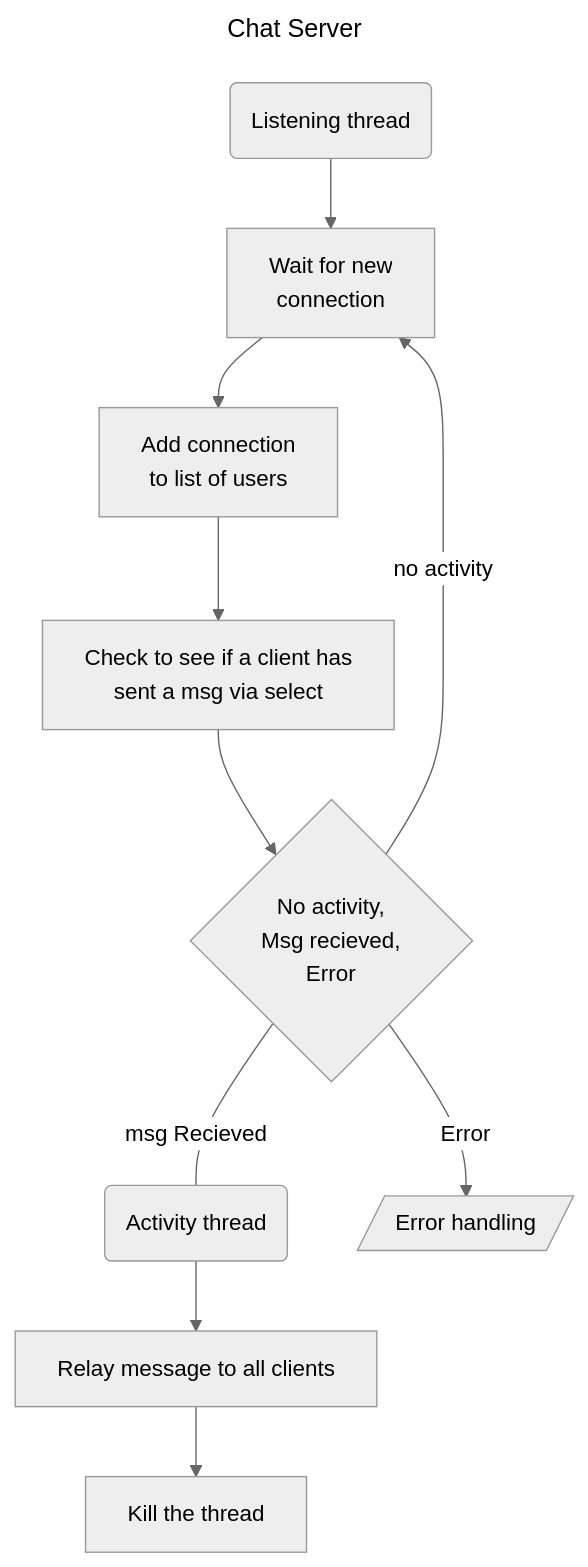
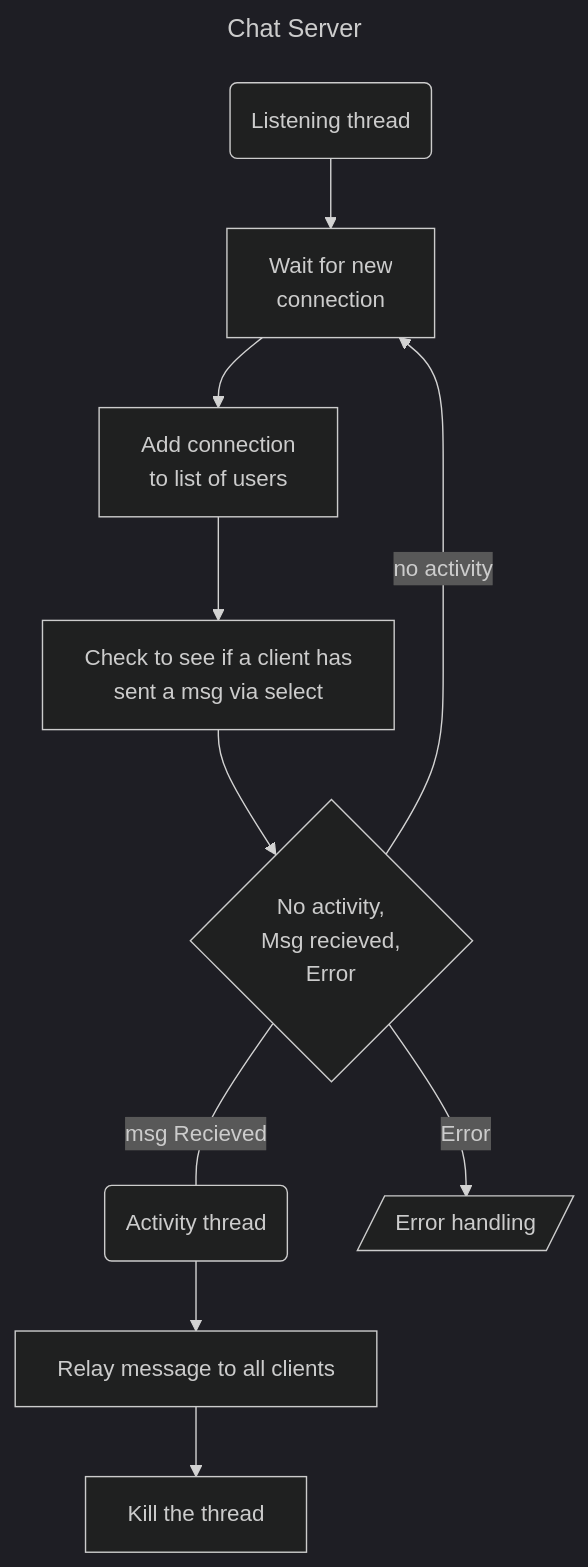
Before and after one commit to Craftingnerf/ConsoleChat: the diagram in README.md, drawn with Mermaid.

````diff
--- a/README.md
+++ b/README.md
@@ -9,28 +9,28 @@
 ```mermaid
 ---
 title: Chat Server
 config:
     look: classic
-    theme: neutral
+    theme: dark
 ---
 flowchart TD
     A("`Listening thread`")
 	B("`Activity thread`")
 	
 	A --> C["`Wait for new
 	connection`"]
 	C --> D["`Add connection 
 to list of users`"]
 	D --> E["`Check to see if a client has
  sent a msg via select`"]
 	E --> F{"`No activity, 
  Msg recieved,
  Error`"}
 	F -->|no activity| C
 	F ---|msg Recieved| B
 	F -->|Error| G[/Error handling/]
 	
 	B --> H["`Relay message to all clients`"]
 	H --> I["`Kill the thread`"]
 	
 ```
````
